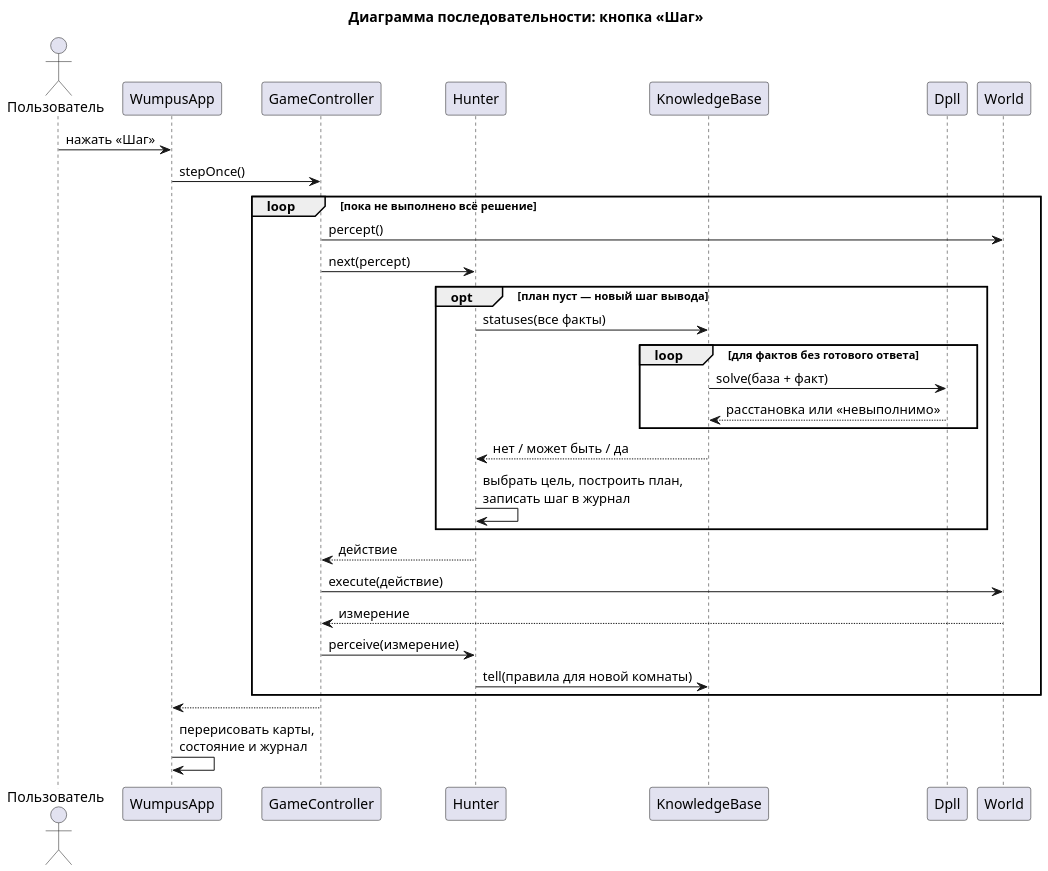
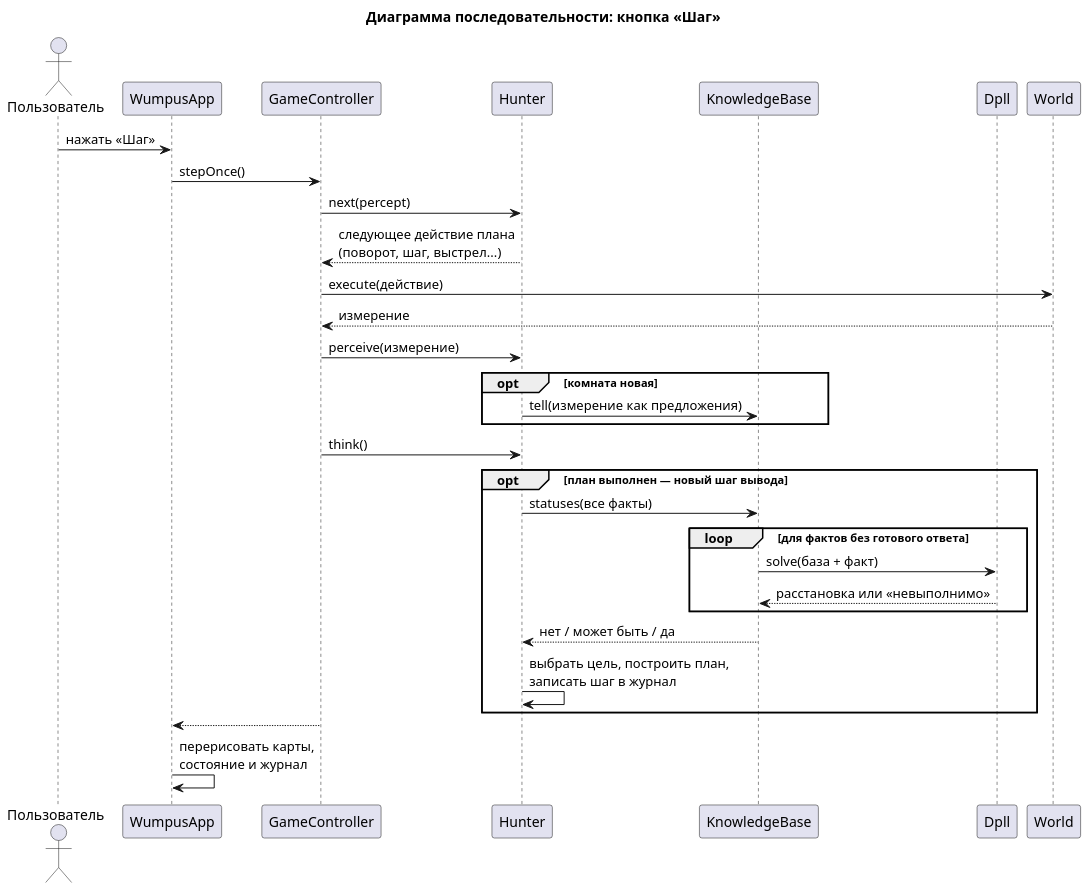
One commit to azatmn/wumpus-world changed the diagram in docs/uml/sequence_step.puml. Above: the diagram before and after it, drawn with PlantUML. The commit also changed 17 other files, not shown here.

```diff
--- a/docs/uml/sequence_step.puml
+++ b/docs/uml/sequence_step.puml
@@ -1,38 +1,38 @@
 @startuml sequence_step
 !pragma layout smetana
 skinparam dpi 150
 skinparam defaultFontName Arial
 skinparam shadowing false
 title Диаграмма последовательности: кнопка «Шаг»
 
 actor "Пользователь" as user
 participant "WumpusApp" as app
 participant "GameController" as ctl
 participant "Hunter" as hunter
 participant "KnowledgeBase" as kb
 participant "Dpll" as dpll
 participant "World" as world
 
 user -> app : нажать «Шаг»
 app -> ctl : stepOnce()
-loop пока не выполнено всё решение
-  ctl -> world : percept()
-  ctl -> hunter : next(percept)
-  opt план пуст — новый шаг вывода
-    hunter -> kb : statuses(все факты)
-    loop для фактов без готового ответа
-      kb -> dpll : solve(база + факт)
-      dpll --> kb : расстановка или «невыполнимо»
-    end
-    kb --> hunter : нет / может быть / да
-    hunter -> hunter : выбрать цель, построить план,\nзаписать шаг в журнал
+ctl -> hunter : next(percept)
+hunter --> ctl : следующее действие плана\n(поворот, шаг, выстрел...)
+ctl -> world : execute(действие)
+world --> ctl : измерение
+ctl -> hunter : perceive(измерение)
+opt комната новая
+  hunter -> kb : tell(измерение как предложения)
+end
+ctl -> hunter : think()
+opt план выполнен — новый шаг вывода
+  hunter -> kb : statuses(все факты)
+  loop для фактов без готового ответа
+    kb -> dpll : solve(база + факт)
+    dpll --> kb : расстановка или «невыполнимо»
   end
-  hunter --> ctl : действие
-  ctl -> world : execute(действие)
-  world --> ctl : измерение
-  ctl -> hunter : perceive(измерение)
-  hunter -> kb : tell(правила для новой комнаты)
+  kb --> hunter : нет / может быть / да
+  hunter -> hunter : выбрать цель, построить план,\nзаписать шаг в журнал
 end
 ctl --> app
 app -> app : перерисовать карты,\nсостояние и журнал
 @enduml
```
